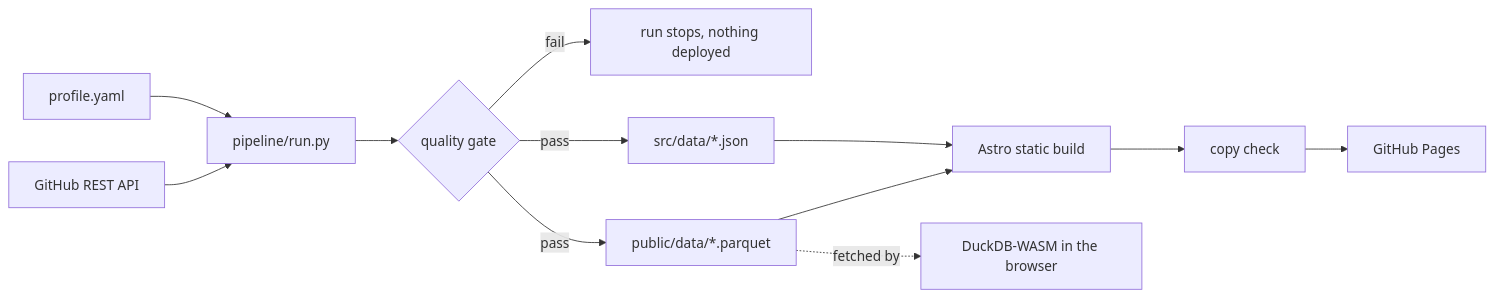
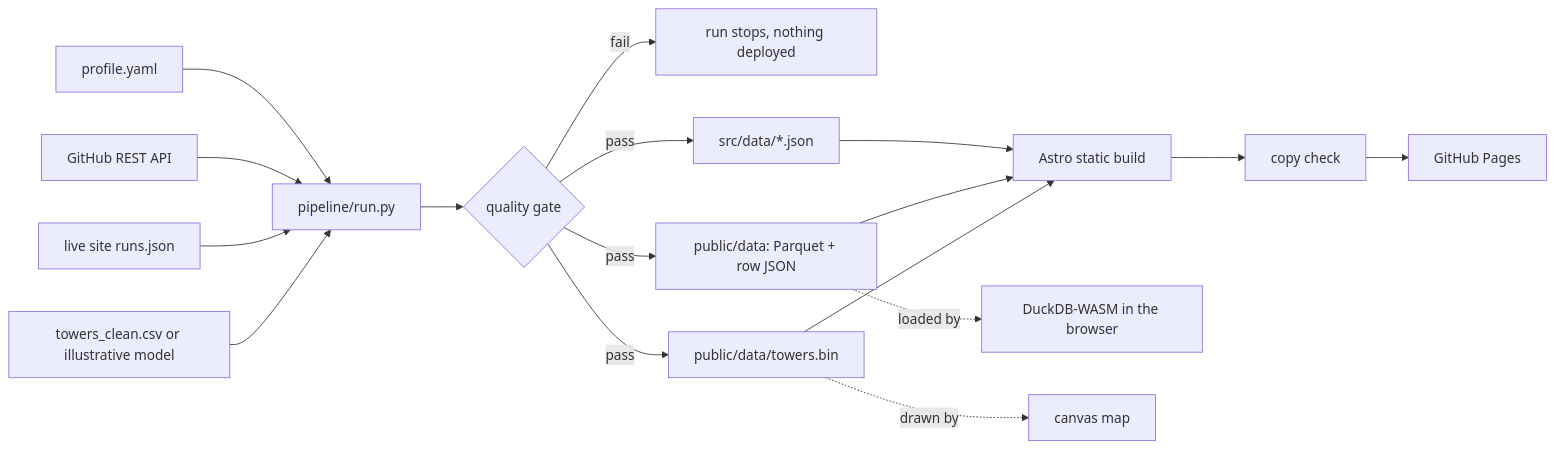
The diagram in README.md (AhmdGameel/AhmdGameel.github.io), drawn with Mermaid before and after one commit. The commit also changed other lines of this file and 66 other files, not shown here.

````diff
--- a/README.md
+++ b/README.md
@@ -15,14 +31,19 @@
 ```mermaid
 flowchart LR
     A[profile.yaml] --> P[pipeline/run.py]
     B[GitHub REST API] --> P
+    H[live site runs.json] --> P
+    T[towers_clean.csv or illustrative model] --> P
     P --> Q{quality gate}
     Q -- fail --> X[run stops, nothing deployed]
-    Q -- pass --> PQ[public/data/*.parquet]
+    Q -- pass --> PQ[public/data: Parquet + row JSON]
+    Q -- pass --> TB[public/data/towers.bin]
     Q -- pass --> J[src/data/*.json]
     J --> S[Astro static build]
     PQ --> S
+    TB --> S
     S --> C[copy check]
     C --> G[GitHub Pages]
-    PQ -. fetched by .-> D[DuckDB-WASM in the browser]
+    PQ -. loaded by .-> D[DuckDB-WASM in the browser]
+    TB -. drawn by .-> M[canvas map]
 ```
````
